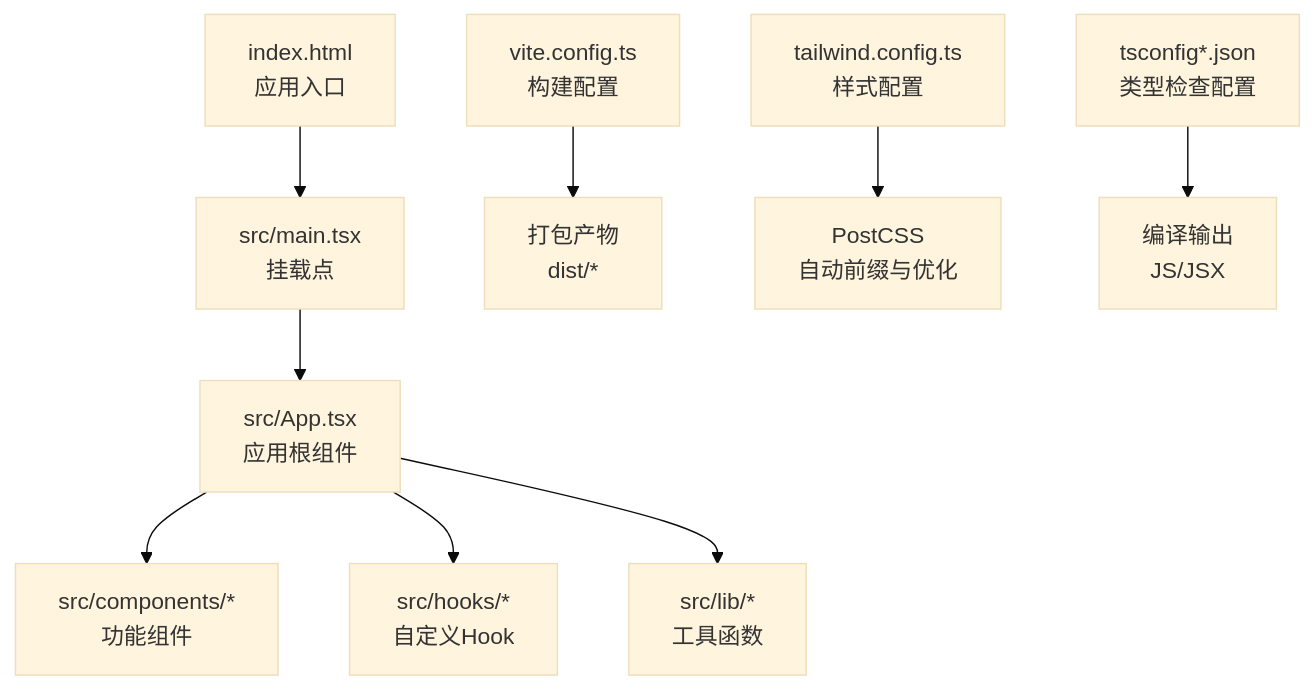
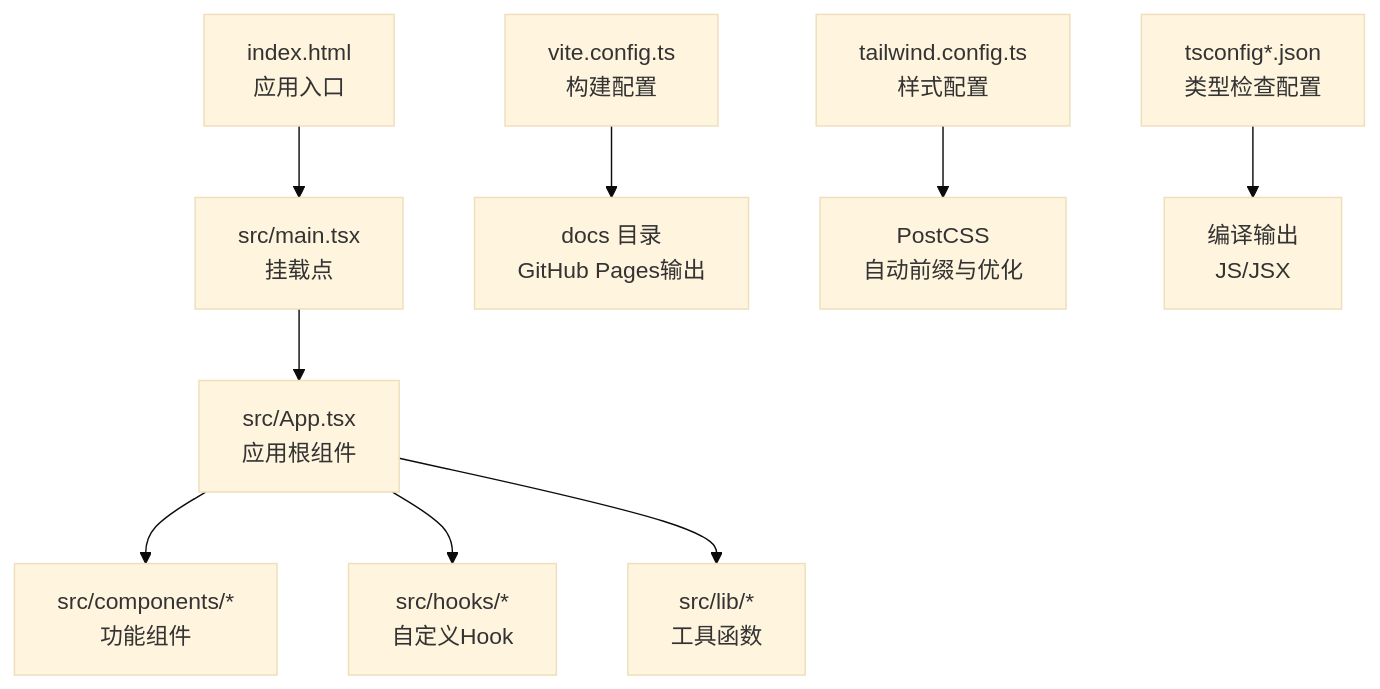
Before and after one commit to JadeXusq/qr-generator: the first of 7 diagrams in .qoder/repowiki/zh/content/部署指南.md, drawn with Mermaid (base theme). The commit also changed other lines of this file and 5 other files, not shown here.

````diff
--- a/.qoder/repowiki/zh/content/部署指南.md
+++ b/.qoder/repowiki/zh/content/部署指南.md
@@ -40,11 +47,11 @@
 ```mermaid
 graph TB
 A["index.html<br/>应用入口"] --> B["src/main.tsx<br/>挂载点"]
 B --> C["src/App.tsx<br/>应用根组件"]
 C --> D["src/components/*<br/>功能组件"]
 C --> E["src/hooks/*<br/>自定义Hook"]
 C --> F["src/lib/*<br/>工具函数"]
-G["vite.config.ts<br/>构建配置"] --> H["打包产物<br/>dist/*"]
+G["vite.config.ts<br/>构建配置"] --> H["docs 目录<br/>GitHub Pages输出"]
 I["tailwind.config.ts<br/>样式配置"] --> J["PostCSS<br/>自动前缀与优化"]
 K["tsconfig*.json<br/>类型检查配置"] --> L["编译输出<br/>JS/JSX"]
 ```
````
